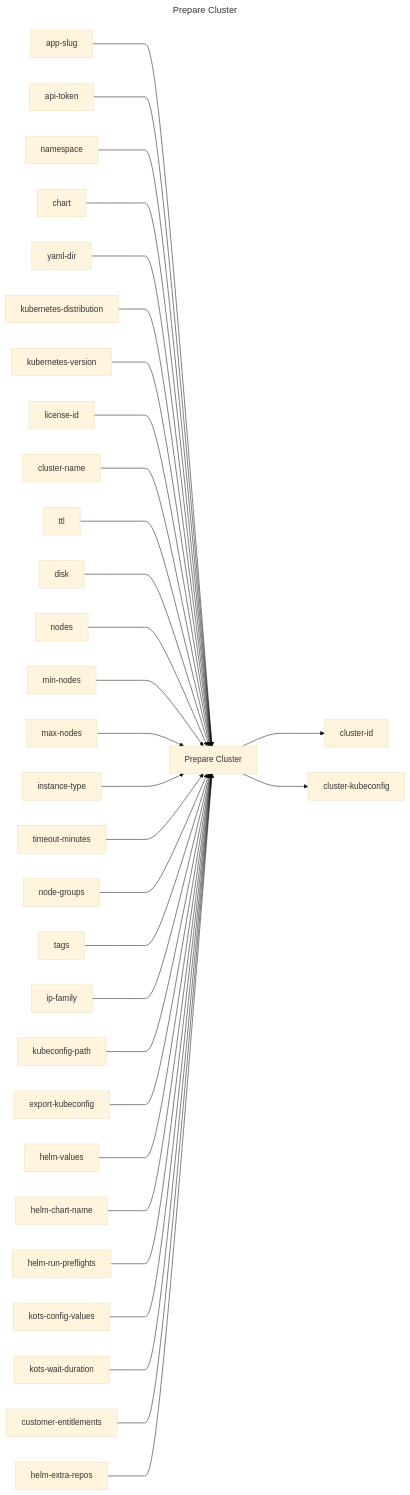
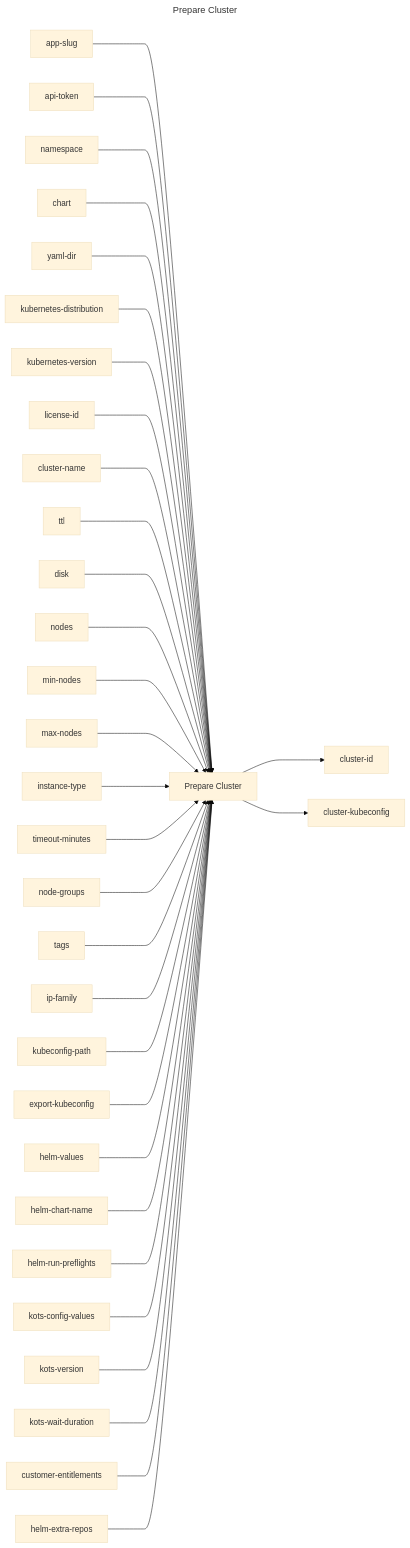
The diagram in prepare-cluster/README.md (replicatedhq/replicated-actions), drawn with Mermaid (base theme) before and after one commit. The commit also changed other lines of this file, not shown here.

````diff
--- a/prepare-cluster/README.md
+++ b/prepare-cluster/README.md
@@ -3,67 +3,69 @@
 ```mermaid
 ---
 title: Prepare Cluster
 ---
 graph LR
 prepare_cluster["Prepare Cluster"]
 app_slug["app-slug"]
 api_token["api-token"]
 namespace["namespace"]
 chart["chart"]
 yaml_dir["yaml-dir"]
 kubernetes_distribution["kubernetes-distribution"]
 kubernetes_version["kubernetes-version"]
 license_id["license-id"]
 cluster_name["cluster-name"]
 ttl["ttl"]
 disk["disk"]
 nodes["nodes"]
 min_nodes["min-nodes"]
 max_nodes["max-nodes"]
 instance_type["instance-type"]
 timeout_minutes["timeout-minutes"]
 node_groups["node-groups"]
 tags["tags"]
 ip_family["ip-family"]
 kubeconfig_path["kubeconfig-path"]
 export_kubeconfig["export-kubeconfig"]
 helm_values["helm-values"]
 helm_chart_name["helm-chart-name"]
 helm_run_preflights["helm-run-preflights"]
 kots_config_values["kots-config-values"]
+kots_version["kots-version"]
 kots_wait_duration["kots-wait-duration"]
 customer_entitlements["customer-entitlements"]
 helm_extra_repos["helm-extra-repos"]
 cluster_id["cluster-id"]
 cluster_kubeconfig["cluster-kubeconfig"]
 app_slug ---> prepare_cluster
 api_token ---> prepare_cluster
 namespace ---> prepare_cluster
 chart ---> prepare_cluster
 yaml_dir ---> prepare_cluster
 kubernetes_distribution ---> prepare_cluster
 kubernetes_version ---> prepare_cluster
 license_id ---> prepare_cluster
 cluster_name ---> prepare_cluster
 ttl ---> prepare_cluster
 disk ---> prepare_cluster
 nodes ---> prepare_cluster
 min_nodes ---> prepare_cluster
 max_nodes ---> prepare_cluster
 instance_type ---> prepare_cluster
 timeout_minutes ---> prepare_cluster
 node_groups ---> prepare_cluster
 tags ---> prepare_cluster
 ip_family ---> prepare_cluster
 kubeconfig_path ---> prepare_cluster
 export_kubeconfig ---> prepare_cluster
 helm_values ---> prepare_cluster
 helm_chart_name ---> prepare_cluster
 helm_run_preflights ---> prepare_cluster
 kots_config_values ---> prepare_cluster
+kots_version ---> prepare_cluster
 kots_wait_duration ---> prepare_cluster
 customer_entitlements ---> prepare_cluster
 helm_extra_repos ---> prepare_cluster
 prepare_cluster ---> cluster_id
 prepare_cluster ---> cluster_kubeconfig
 ```
````
